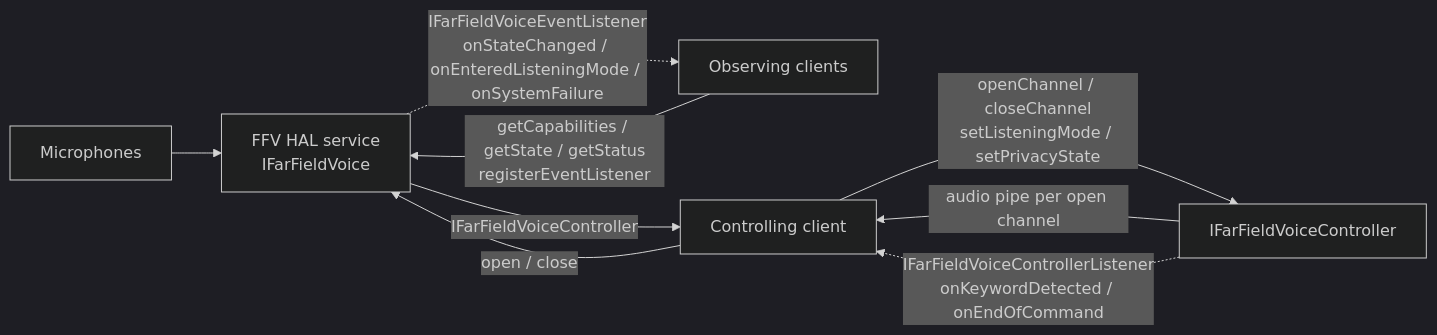
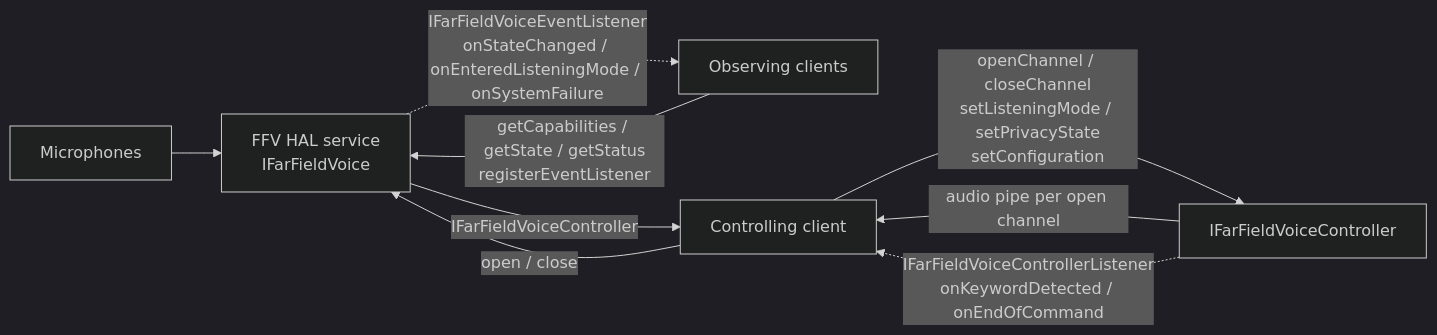
Before and after one commit to rdkcentral/rdk-halif-aidl: the first of 3 diagrams in ffv/current/docs/far_field_voice.md, drawn with Mermaid (dark theme). The commit also changed other lines of this file and 3 other files, not shown here.

First line of the commit message:
Fix #23: Move setConfiguration to the FFV controller

````diff
--- a/ffv/current/docs/far_field_voice.md
+++ b/ffv/current/docs/far_field_voice.md
@@ -38,11 +38,11 @@
 ```mermaid
 flowchart LR
     Mics["Microphones"] --> FFV["FFV HAL service<br/>IFarFieldVoice"]
     Observer["Observing clients"] -- "getCapabilities / getState / getStatus<br/>registerEventListener" --> FFV
     Controller["Controlling client"] -- "open / close" --> FFV
     FFV -- "IFarFieldVoiceController" --> Controller
-    Controller -- "openChannel / closeChannel<br/>setListeningMode / setPrivacyState" --> Ctl["IFarFieldVoiceController"]
+    Controller -- "openChannel / closeChannel<br/>setListeningMode / setPrivacyState<br/>setConfiguration" --> Ctl["IFarFieldVoiceController"]
     Ctl -- "audio pipe per open channel" --> Controller
     Ctl -. "IFarFieldVoiceControllerListener<br/>onKeywordDetected / onEndOfCommand" .-> Controller
     FFV -. "IFarFieldVoiceEventListener<br/>onStateChanged / onEnteredListeningMode / onSystemFailure" .-> Observer
 ```
````
